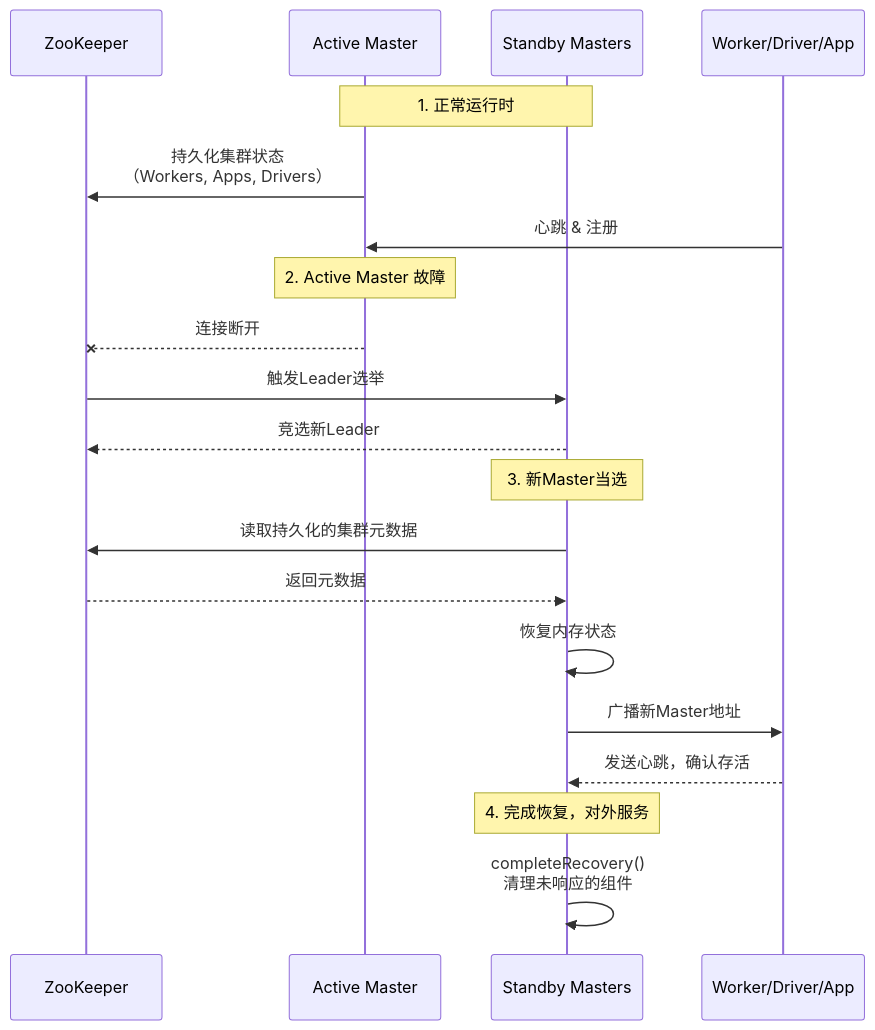
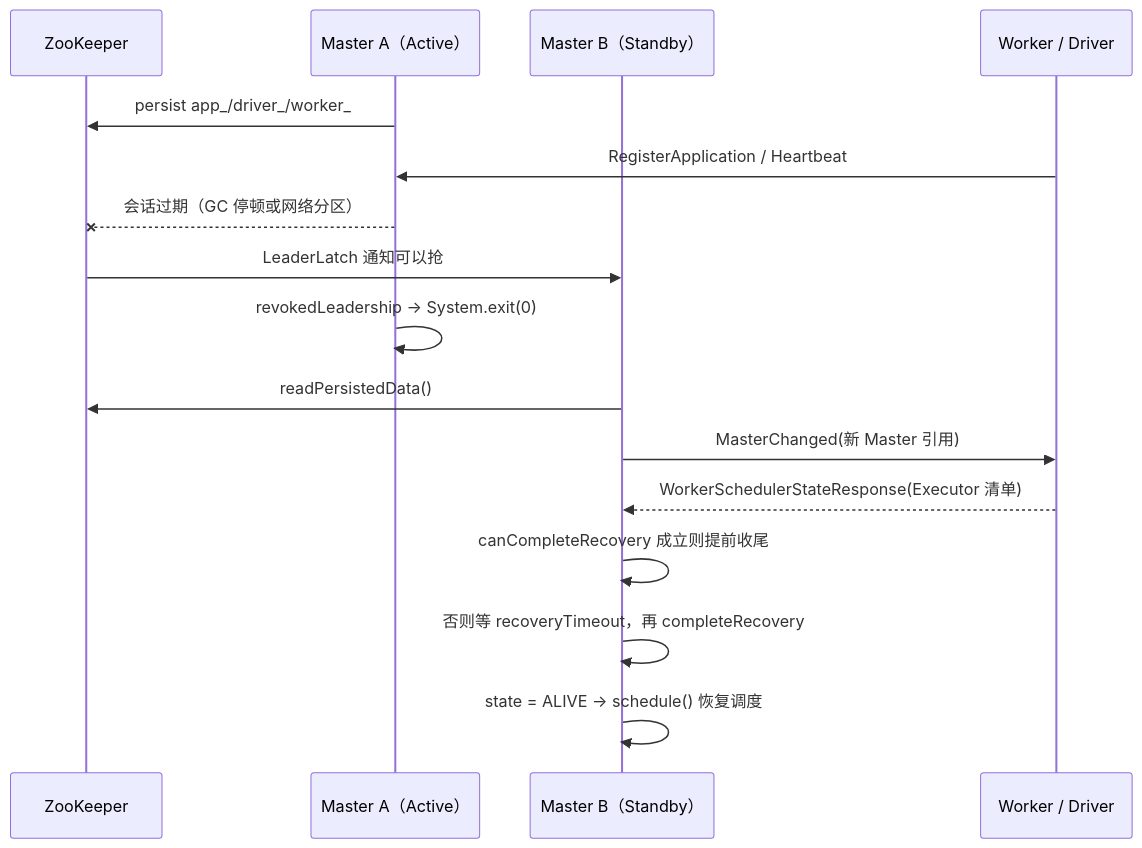
One commit to hpliStartAgain/my-brain changed the fourth of 5 diagrams in content/大数据/Spark/读书笔记-spark内核/02_系统架构与运行机制/1. Spark_Master_核心机制.md. Above: the diagram before and after it, drawn with Mermaid. The commit also changed other lines of this file and 259 other files, not shown here.

````diff
--- a/content/大数据/Spark/读书笔记-spark内核/02_系统架构与运行机制/1. Spark_Master_核心机制.md
+++ b/content/大数据/Spark/读书笔记-spark内核/02_系统架构与运行机制/1. Spark_Master_核心机制.md
@@ -134,25 +377,19 @@
 ```mermaid
+%%{init: {'theme': 'dracula'}}%%
 sequenceDiagram
     participant ZK as ZooKeeper
-    participant AM as Active Master
-    participant SM as Standby Masters
-    participant W as Worker/Driver/App
-
-    Note over AM,SM: 1. 正常运行时
-    AM->>ZK: 持久化集群状态<br/>（Workers, Apps, Drivers）
-    W->>AM: 心跳 & 注册
-
-    Note over AM: 2. Active Master 故障
-    AM--xZK: 连接断开
-    ZK->>SM: 触发Leader选举
-    SM-->>ZK: 竞选新Leader
-
-    Note over SM: 3. 新Master当选
-    SM->>ZK: 读取持久化的集群元数据
-    ZK-->>SM: 返回元数据
-    SM->>SM: 恢复内存状态
-    SM->>W: 广播新Master地址
-    W-->>SM: 发送心跳，确认存活
-    Note over SM: 4. 完成恢复，对外服务
-    SM->>SM: completeRecovery()<br/>清理未响应的组件
+    participant A as Master A（Active）
+    participant B as Master B（Standby）
+    participant W as Worker / Driver
+    A->>ZK: persist app_/driver_/worker_
+    W->>A: RegisterApplication / Heartbeat
+    A--xZK: 会话过期（GC 停顿或网络分区）
+    ZK->>B: LeaderLatch 通知可以抢
+    A->>A: revokedLeadership → System.exit(0)
+    B->>ZK: readPersistedData()
+    B->>W: MasterChanged(新 Master 引用)
+    W-->>B: WorkerSchedulerStateResponse(Executor 清单)
+    B->>B: canCompleteRecovery 成立则提前收尾
+    B->>B: 否则等 recoveryTimeout，再 completeRecovery
+    B->>B: state = ALIVE → schedule() 恢复调度
 ```
````
